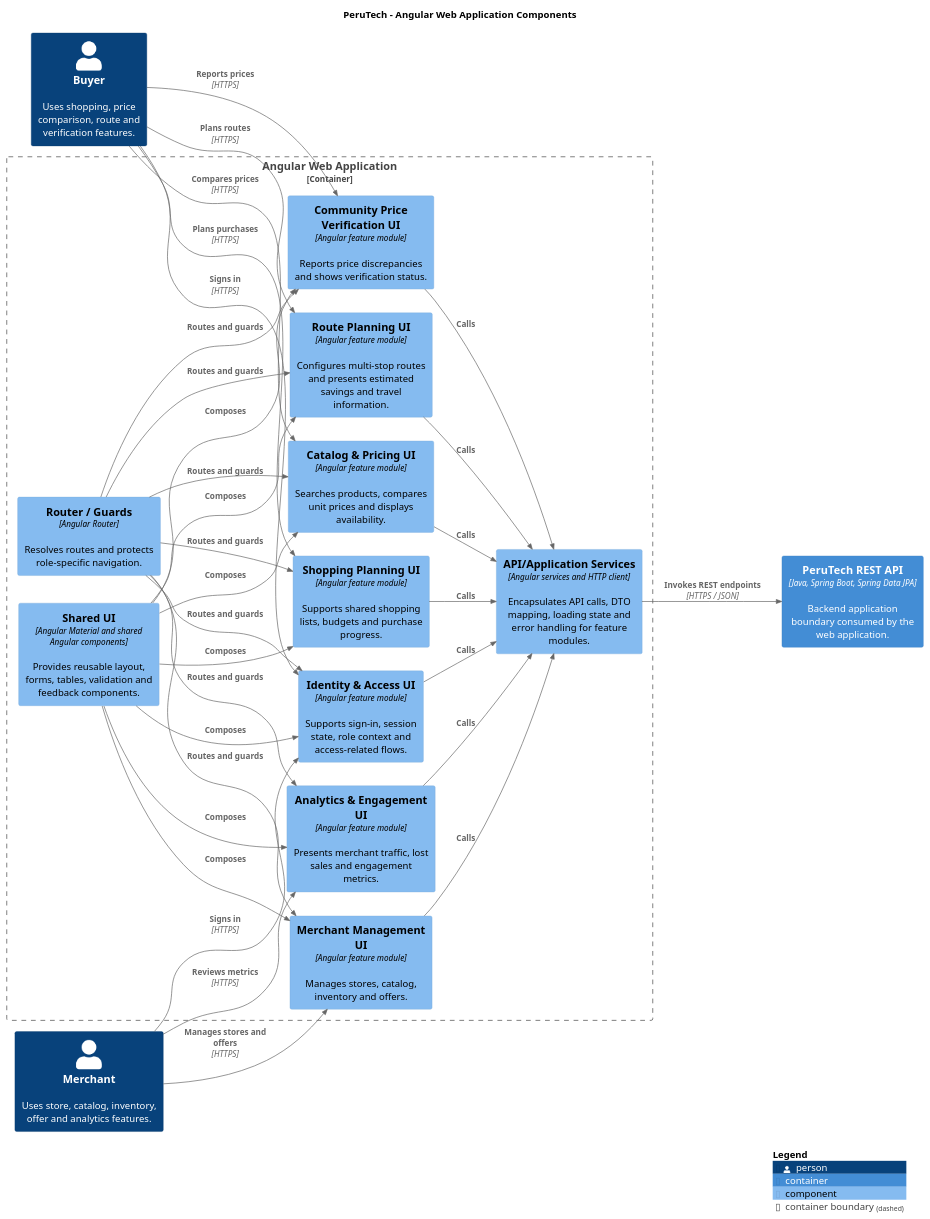
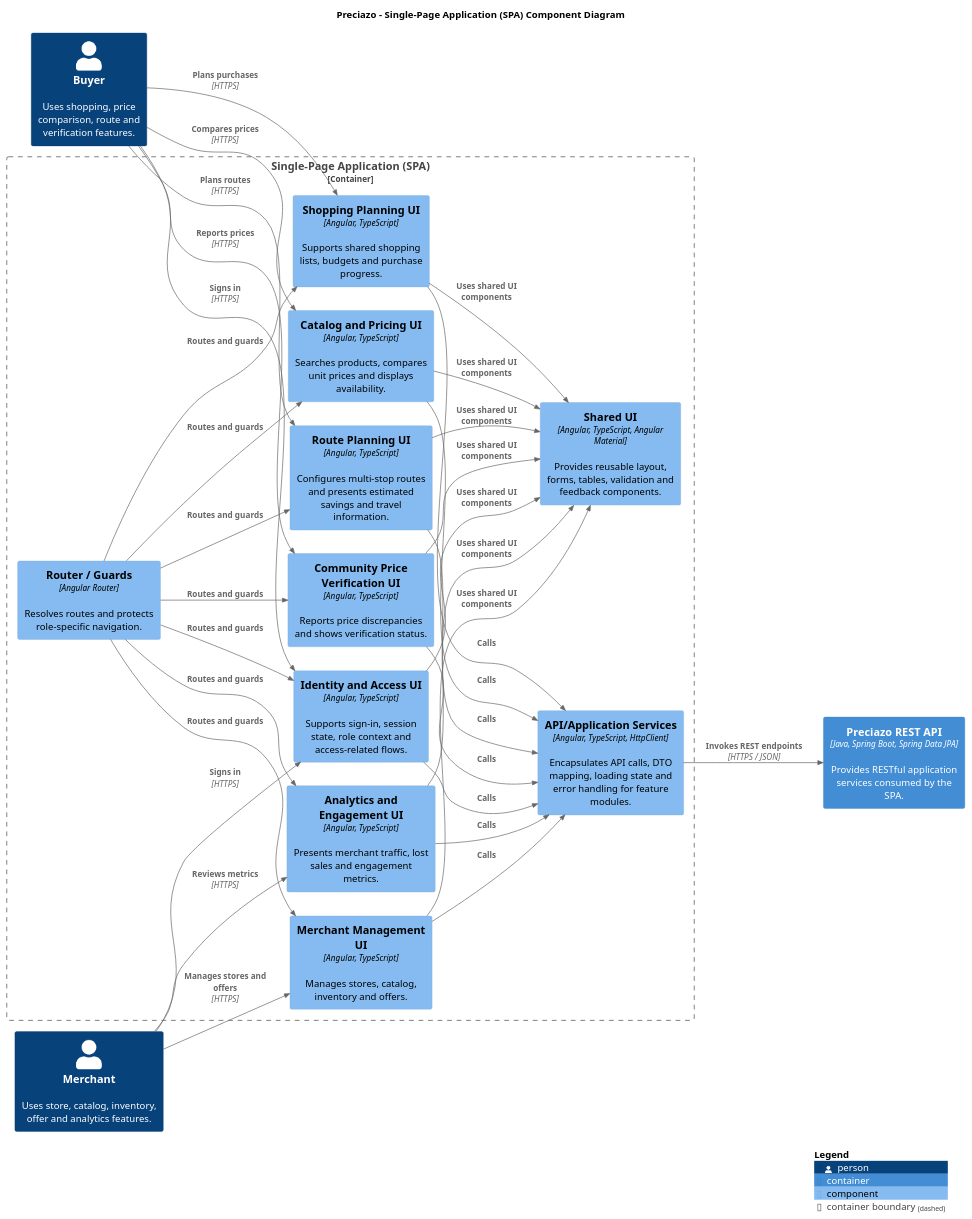
Before and after one commit to Open-Source-1ASI0729-2620-7750/PeruTech-Report: the diagram in docs/architecture/c4-components-frontend.puml, drawn with PlantUML. The commit also changed 4 other files, not shown here.

Commit message:
docs(architecture): align C4 components and report with Preciazo

```diff
--- a/docs/architecture/c4-components-frontend.puml
+++ b/docs/architecture/c4-components-frontend.puml
@@ -1,59 +1,59 @@
-@startuml PeruTech_C4_Components_Frontend
+@startuml Preciazo_C4_Components_Frontend
 
 !include <C4/C4_Component>
 
 LAYOUT_LEFT_RIGHT()
 
-title PeruTech - Angular Web Application Components
+title Preciazo - Single-Page Application (SPA) Component Diagram
 
 Person(buyer, "Buyer", "Uses shopping, price comparison, route and verification features.")
 Person(merchantPerson, "Merchant", "Uses store, catalog, inventory, offer and analytics features.")
-Container(api, "PeruTech REST API", "Java, Spring Boot, Spring Data JPA", "Backend application boundary consumed by the web application.")
+Container(api, "Preciazo REST API", "Java, Spring Boot, Spring Data JPA", "Provides RESTful application services consumed by the SPA.")
 
-Container_Boundary(web, "Angular Web Application") {
+Container_Boundary(web, "Single-Page Application (SPA)") {
     Component(router, "Router / Guards", "Angular Router", "Resolves routes and protects role-specific navigation.")
-    Component(shared, "Shared UI", "Angular Material and shared Angular components", "Provides reusable layout, forms, tables, validation and feedback components.")
-    Component(identity, "Identity & Access UI", "Angular feature module", "Supports sign-in, session state, role context and access-related flows.")
-    Component(shopping, "Shopping Planning UI", "Angular feature module", "Supports shared shopping lists, budgets and purchase progress.")
-    Component(catalog, "Catalog & Pricing UI", "Angular feature module", "Searches products, compares unit prices and displays availability.")
-    Component(route, "Route Planning UI", "Angular feature module", "Configures multi-stop routes and presents estimated savings and travel information.")
-    Component(merchantManagement, "Merchant Management UI", "Angular feature module", "Manages stores, catalog, inventory and offers.")
-    Component(verification, "Community Price Verification UI", "Angular feature module", "Reports price discrepancies and shows verification status.")
-    Component(analytics, "Analytics & Engagement UI", "Angular feature module", "Presents merchant traffic, lost sales and engagement metrics.")
-    Component(apiServices, "API/Application Services", "Angular services and HTTP client", "Encapsulates API calls, DTO mapping, loading state and error handling for feature modules.")
+    Component(shared, "Shared UI", "Angular, TypeScript, Angular Material", "Provides reusable layout, forms, tables, validation and feedback components.")
+    Component(identity, "Identity and Access UI", "Angular, TypeScript", "Supports sign-in, session state, role context and access-related flows.")
+    Component(shopping, "Shopping Planning UI", "Angular, TypeScript", "Supports shared shopping lists, budgets and purchase progress.")
+    Component(catalog, "Catalog and Pricing UI", "Angular, TypeScript", "Searches products, compares unit prices and displays availability.")
+    Component(route, "Route Planning UI", "Angular, TypeScript", "Configures multi-stop routes and presents estimated savings and travel information.")
+    Component(merchantManagement, "Merchant Management UI", "Angular, TypeScript", "Manages stores, catalog, inventory and offers.")
+    Component(verification, "Community Price Verification UI", "Angular, TypeScript", "Reports price discrepancies and shows verification status.")
+    Component(analytics, "Analytics and Engagement UI", "Angular, TypeScript", "Presents merchant traffic, lost sales and engagement metrics.")
+    Component(apiServices, "API/Application Services", "Angular, TypeScript, HttpClient", "Encapsulates API calls, DTO mapping, loading state and error handling for feature modules.")
 }
 
 Rel(buyer, identity, "Signs in", "HTTPS")
 Rel(buyer, shopping, "Plans purchases", "HTTPS")
 Rel(buyer, catalog, "Compares prices", "HTTPS")
 Rel(buyer, route, "Plans routes", "HTTPS")
 Rel(buyer, verification, "Reports prices", "HTTPS")
 Rel(merchantPerson, identity, "Signs in", "HTTPS")
 Rel(merchantPerson, merchantManagement, "Manages stores and offers", "HTTPS")
 Rel(merchantPerson, analytics, "Reviews metrics", "HTTPS")
 Rel(router, identity, "Routes and guards")
 Rel(router, shopping, "Routes and guards")
 Rel(router, catalog, "Routes and guards")
 Rel(router, route, "Routes and guards")
 Rel(router, merchantManagement, "Routes and guards")
 Rel(router, verification, "Routes and guards")
 Rel(router, analytics, "Routes and guards")
-Rel(shared, identity, "Composes")
-Rel(shared, shopping, "Composes")
-Rel(shared, catalog, "Composes")
-Rel(shared, route, "Composes")
-Rel(shared, merchantManagement, "Composes")
-Rel(shared, verification, "Composes")
-Rel(shared, analytics, "Composes")
+Rel(identity, shared, "Uses shared UI components")
+Rel(shopping, shared, "Uses shared UI components")
+Rel(catalog, shared, "Uses shared UI components")
+Rel(route, shared, "Uses shared UI components")
+Rel(merchantManagement, shared, "Uses shared UI components")
+Rel(verification, shared, "Uses shared UI components")
+Rel(analytics, shared, "Uses shared UI components")
 Rel(identity, apiServices, "Calls")
 Rel(shopping, apiServices, "Calls")
 Rel(catalog, apiServices, "Calls")
 Rel(route, apiServices, "Calls")
 Rel(merchantManagement, apiServices, "Calls")
 Rel(verification, apiServices, "Calls")
 Rel(analytics, apiServices, "Calls")
 Rel(apiServices, api, "Invokes REST endpoints", "HTTPS / JSON")
 
 SHOW_LEGEND()
 
 @enduml
```
